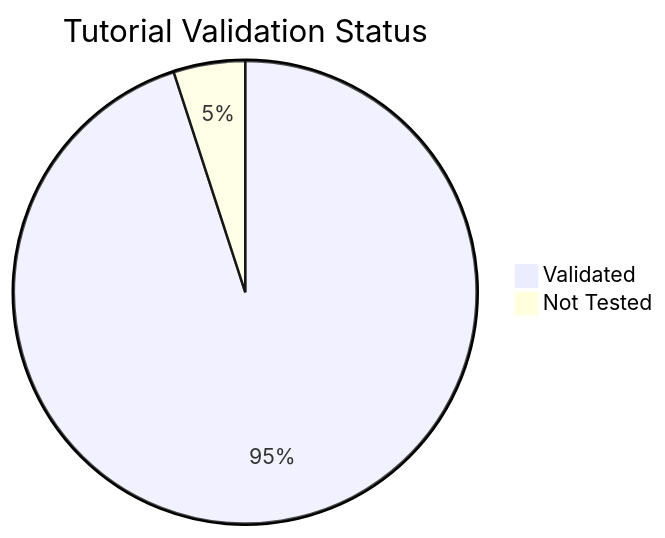
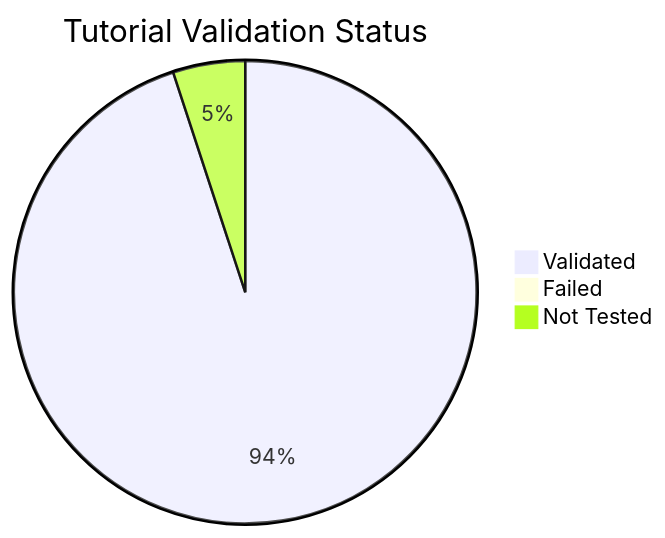
One commit to yeongseon/azure-functions-practical-guide changed the diagram in docs/reference/validation-status.md. Above: the diagram before and after it, drawn with Mermaid. The commit also changed other lines of this file and 9 other files, not shown here.

````diff
--- a/docs/reference/validation-status.md
+++ b/docs/reference/validation-status.md
@@ -17,5 +17,6 @@
 ```mermaid
 pie title Tutorial Validation Status
-    "Validated" : 114
+    "Validated" : 113
+    "Failed" : 1
     "Not Tested" : 6
 ```
````
